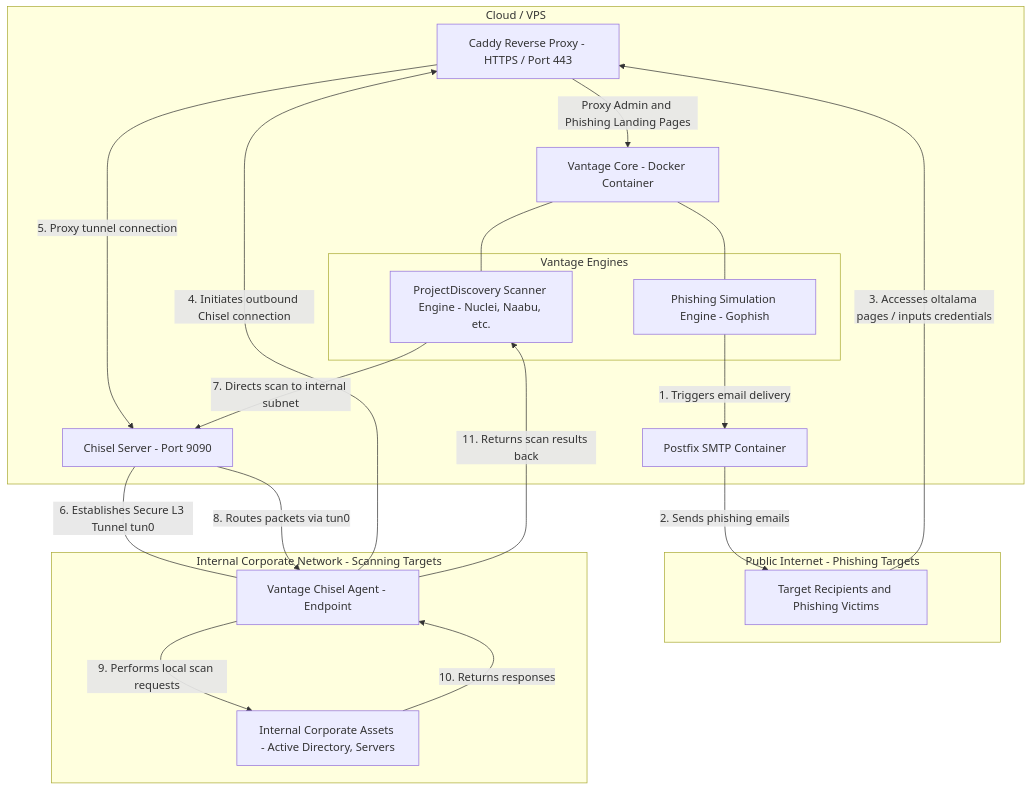
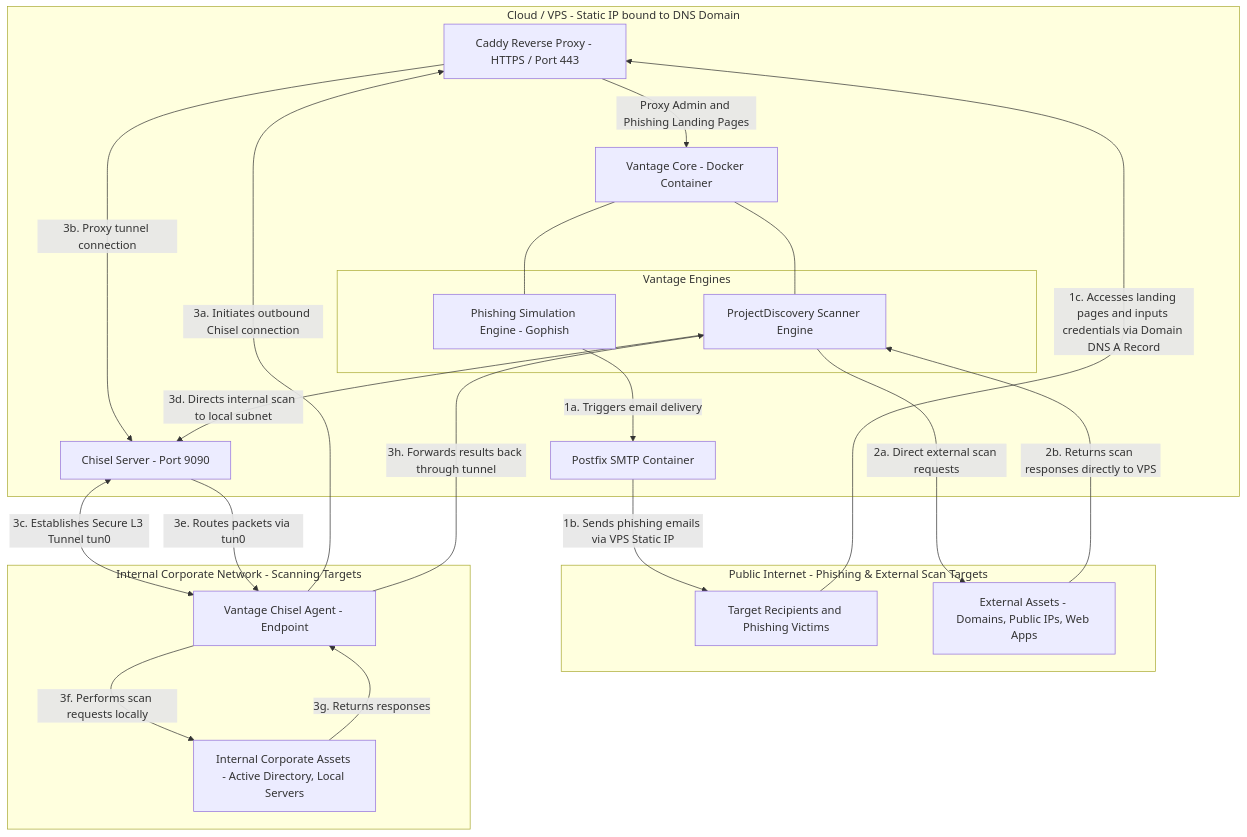
One commit to yusufarbc/vantage changed the diagram in README.md. Above: the diagram before and after it, drawn with Mermaid. The commit also changed other lines of this file, not shown here.

Commit message:
docs: include direct external scanning and static IP/DNS phishing requirements in architecture diagram

````diff
--- a/README.md
+++ b/README.md
@@ -39,45 +42,50 @@
 ```mermaid
 graph TD
-    subgraph Cloud / VPS
+    subgraph Cloud / VPS - Static IP bound to DNS Domain
         Caddy["Caddy Reverse Proxy - HTTPS / Port 443"]
         Core["Vantage Core - Docker Container"]
         
         subgraph Vantage Engines
             PhishEngine["Phishing Simulation Engine - Gophish"]
-            ScanEngine["ProjectDiscovery Scanner Engine - Nuclei, Naabu, etc."]
+            ScanEngine["ProjectDiscovery Scanner Engine"]
         end
 
         Postfix["Postfix SMTP Container"]
         ChiselServer["Chisel Server - Port 9090"]
     end
 
-    subgraph Public Internet - Phishing Targets
+    subgraph Public Internet - Phishing & External Scan Targets
         Victims["Target Recipients and Phishing Victims"]
+        PublicAssets["External Assets - Domains, Public IPs, Web Apps"]
     end
 
     subgraph Internal Corporate Network - Scanning Targets
         Agent["Vantage Chisel Agent - Endpoint"]
-        InternalAssets["Internal Corporate Assets - Active Directory, Servers"]
+        InternalAssets["Internal Corporate Assets - Active Directory, Local Servers"]
     end
 
     %% Infrastructure Routing
     Caddy -->|Proxy Admin and Phishing Landing Pages| Core
     Core --- PhishEngine
     Core --- ScanEngine
     
     %% Phishing Workflow
-    PhishEngine -->|1. Triggers email delivery| Postfix
-    Postfix -->|2. Sends phishing emails| Victims
-    Victims -->|3. Accesses oltalama pages / inputs credentials| Caddy
+    PhishEngine -->|1a. Triggers email delivery| Postfix
+    Postfix -->|1b. Sends phishing emails via VPS Static IP| Victims
+    Victims -->|1c. Accesses landing pages and inputs credentials via Domain DNS A Record| Caddy
 
-    %% Scanning Workflow - Reverse Tunnel
-    Agent -->|4. Initiates outbound Chisel connection| Caddy
-    Caddy -->|5. Proxy tunnel connection| ChiselServer
-    ChiselServer ---|6. Establishes Secure L3 Tunnel tun0| Agent
+    %% External Scanning Workflow
+    ScanEngine -->|2a. Direct external scan requests| PublicAssets
+    PublicAssets -->|2b. Returns scan responses directly to VPS| ScanEngine
+
+    %% Internal Scanning Workflow - Reverse Tunnel
+    Agent -->|3a. Initiates outbound Chisel connection| Caddy
+    Caddy -->|3b. Proxy tunnel connection| ChiselServer
+    ChiselServer <-->|3c. Establishes Secure L3 Tunnel tun0| Agent
     
-    ScanEngine -->|7. Directs scan to internal subnet| ChiselServer
-    ChiselServer -->|8. Routes packets via tun0| Agent
-    Agent -->|9. Performs local scan requests| InternalAssets
-    InternalAssets -->|10. Returns responses| Agent
-    Agent -->|11. Returns scan results back| ScanEngine
+    ScanEngine -->|3d. Directs internal scan to local subnet| ChiselServer
+    ChiselServer -->|3e. Routes packets via tun0| Agent
+    Agent -->|3f. Performs scan requests locally| InternalAssets
+    InternalAssets -->|3g. Returns responses| Agent
+    Agent -->|3h. Forwards results back through tunnel| ScanEngine
 ```
````
